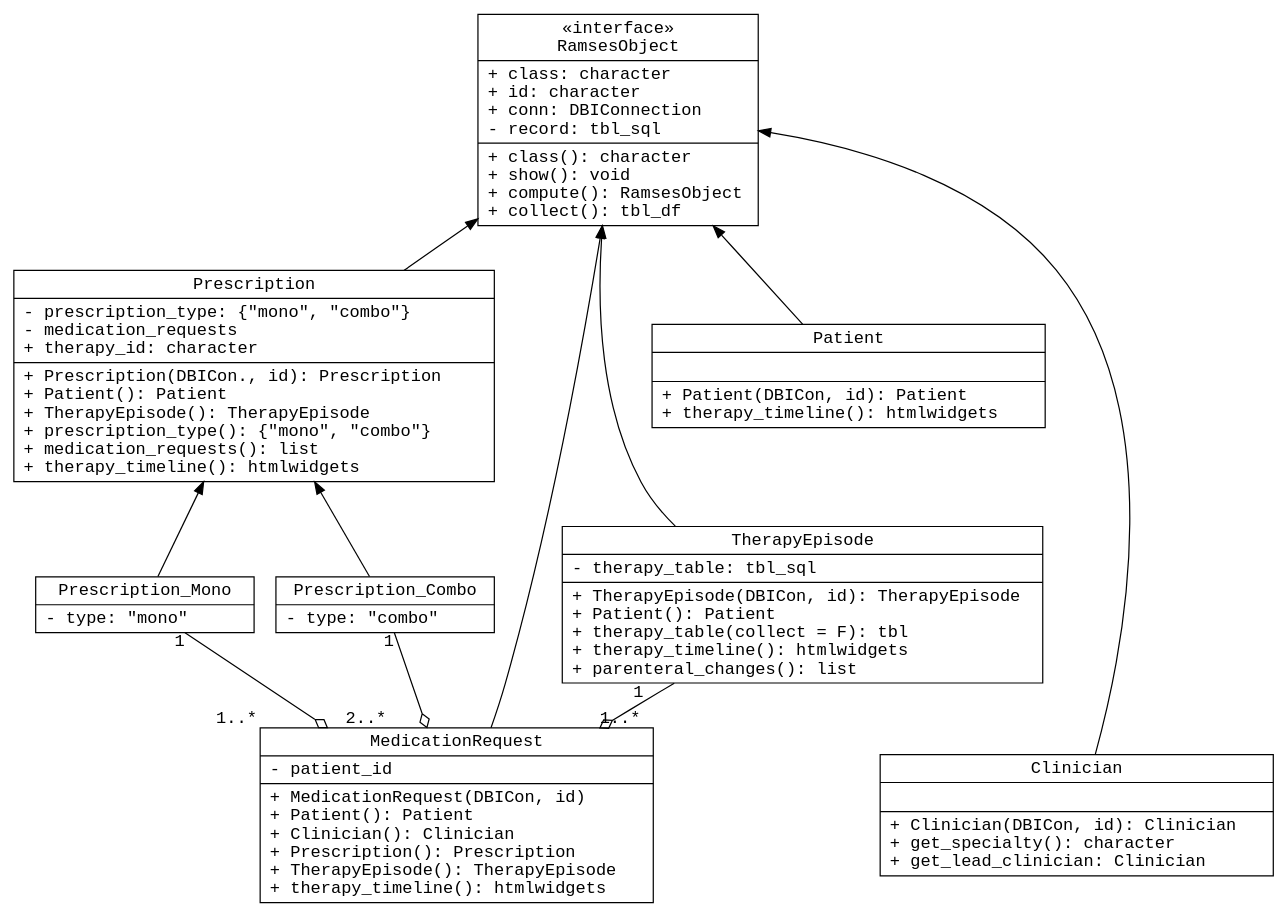
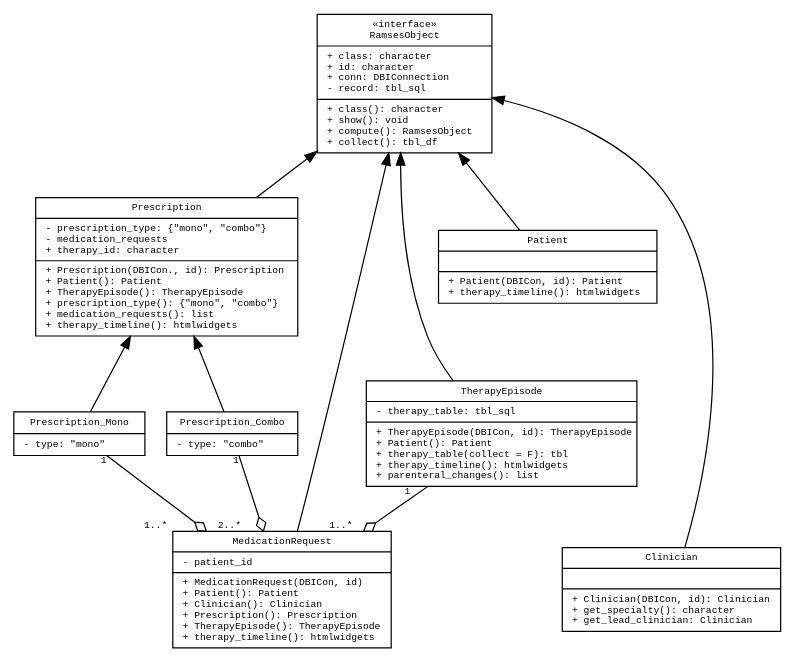
The diagram in vignettes/ramses-objects/ramses-med-class-diagram.gv (ramses-antibiotics/ramses-package), drawn with Graphviz before and after one commit. The commit also changed 3 other files, not shown here.

Commit message:
leaner vignette (graphviz to svg)

```diff
--- a/vignettes/ramses-objects/ramses-med-class-diagram.gv
+++ b/vignettes/ramses-objects/ramses-med-class-diagram.gv
@@ -1,150 +1,152 @@
 digraph G {
-  fontsize = 10
+  
 
   node [
           fontname = "monospace"
           shape = "record"
-          width = 2.5
+          width = 1.5
+          fontsize = 8
   ]
 
   edge [
           fontname = "monospace"
+          fontsize = 8
   ]
 
 # arrowheads
 # Association open
 # Inheritance empty
 # Realisation/implementation empty + style=dashed
 # Dependency open + style=dashed
 # Aggregation odiamond
 # Composition diamond
 
 
 # Interface
 RamsesObject [
-  width = 3.2
+  width = 2
   label = "{«interface»\n
   RamsesObject|
   + class: character\l
   + id: character\l
   + conn: DBIConnection\l
   - record: tbl_sql\l|
   
   + class(): character\l
   + show(): void\l
   + compute(): RamsesObject\l
   + collect(): tbl_df\l}"
 ]
 
 Prescription [
-  width = 5.5
+  width = 3
   label = "{Prescription|
   - prescription_type: \{\"mono\", \"combo\"\}\l
   - medication_requests\l
   + therapy_id: character\l|
   
   + Prescription(DBICon., id): Prescription\l
   + Patient(): Patient\l
   + TherapyEpisode(): TherapyEpisode\l
   + prescription_type(): \{\"mono\", \"combo\"\}\l
   + medication_requests(): list\l
   + therapy_timeline(): htmlwidgets\l}"
 ]
 
 Prescription_Mono [
   label = "{Prescription_Mono|
   - type: \"mono\"\l
   }"
 ]
 
 Prescription_Combo [
   label = "{Prescription_Combo|
   - type: \"combo\"\l
   }"
 ]
 
 MedicationRequest [
-  width = 4.5
+  width = 2.5
   label = "{MedicationRequest|
   - patient_id\l|
   
   + MedicationRequest(DBICon, id)\l
   + Patient(): Patient\l
   + Clinician(): Clinician\l
   + Prescription(): Prescription\l
   + TherapyEpisode(): TherapyEpisode\l
   + therapy_timeline(): htmlwidgets\l}"
 ]
 
 TherapyEpisode [
-  width = 5.5
+  width = 3.1
   label = "{TherapyEpisode|
   - therapy_table: tbl_sql\l|
   
   + TherapyEpisode(DBICon, id): TherapyEpisode\l
   + Patient(): Patient\l
   + therapy_table(collect = F): tbl\l
   + therapy_timeline(): htmlwidgets\l
   + parenteral_changes(): list\l}"
 #  + medication_request(): list\l}"
 ]
 
 Patient [
-  width = 4.5
+  width = 2.5
   label = "{Patient|
   \l|
   + Patient(DBICon, id): Patient\l
   + therapy_timeline(): htmlwidgets\l}"
 ]
 
 Clinician [
-  width = 4.5
+  width = 2.5
   label = "{Clinician|
   \l|
   + Clinician(DBICon, id): Clinician\l
   + get_specialty(): character\l
   + get_lead_clinician: Clinician\l}"
 ]
 
 /*
 TherapyList [
 label = "{TherapyList|\l+ id: list\l+ type: \"therapy-list\"\l- TherapyTable: tbl\l+ lazy_status: boolean\l|+ fetch(): data.frame\l + therapy_table(): list\l}"
 ]
 */
 
 
 RamsesObject -> Prescription [dir=back]
 Prescription -> Prescription_Mono [dir=back]
 Prescription -> Prescription_Combo [dir=back]
 RamsesObject -> MedicationRequest [dir=back]
 
 RamsesObject -> Patient [dir=back]
 RamsesObject -> Clinician [dir=back]
 RamsesObject -> TherapyEpisode [dir=back]
 
 TherapyEpisode -> MedicationRequest [ constraint=false
   arrowhead=odiamond
   headlabel = "1..*  "
   taillabel = "1   "]
 Prescription_Mono -> MedicationRequest [ constraint=false
   arrowhead=odiamond
   headlabel = "1..*       "
   taillabel = "1"]
 Prescription_Combo -> MedicationRequest [
   arrowhead=odiamond
   headlabel = "2..*    "
   taillabel = "1"]
 
 
 Patient -> Clinician [ style = invis ]; 
 TherapyEpisode -> Clinician  [ style = invis ]; 
 Patient -> TherapyEpisode  [ style = invis ]; 
 
 
 /*
 TherapyEpisode -> TherapyList [constraint=false
   arrowtail=odiamond
   headlabel = "2..*  "
   taillabel = "0..*  "]
 */  
 }
```
